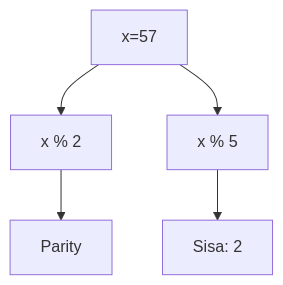
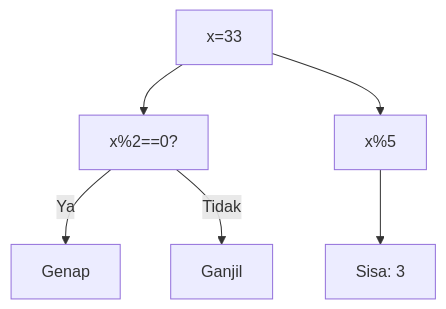
Before and after one commit to amnahwaida/OSNK_INF_PREP: diagram 12 of 25 in part-c-pemahaman-cpp/03-perulangan/latihan/set-05.md, drawn with Mermaid. The commit also changed other lines of this file and 71 other files, not shown here.

Commit message:
Fixed Mermaid syntax lexical errors with quoted labels in 1,800 questions

````diff
--- a/part-c-pemahaman-cpp/03-perulangan/latihan/set-05.md
+++ b/part-c-pemahaman-cpp/03-perulangan/latihan/set-05.md
@@ -267,7 +371,8 @@
 ```mermaid
 graph TD
-A[x=57] --> B[x % 2]
-B --> C[Parity]
-A --> D[x % 5]
-D --> E[Sisa: 2]
+A["x=33"] --> B["x%2==0?"]
+B -- Ya --> C["Genap"]
+B -- Tidak --> D["Ganjil"]
+A --> E["x%5"]
+E --> F["Sisa: 3"]
 ```
````
